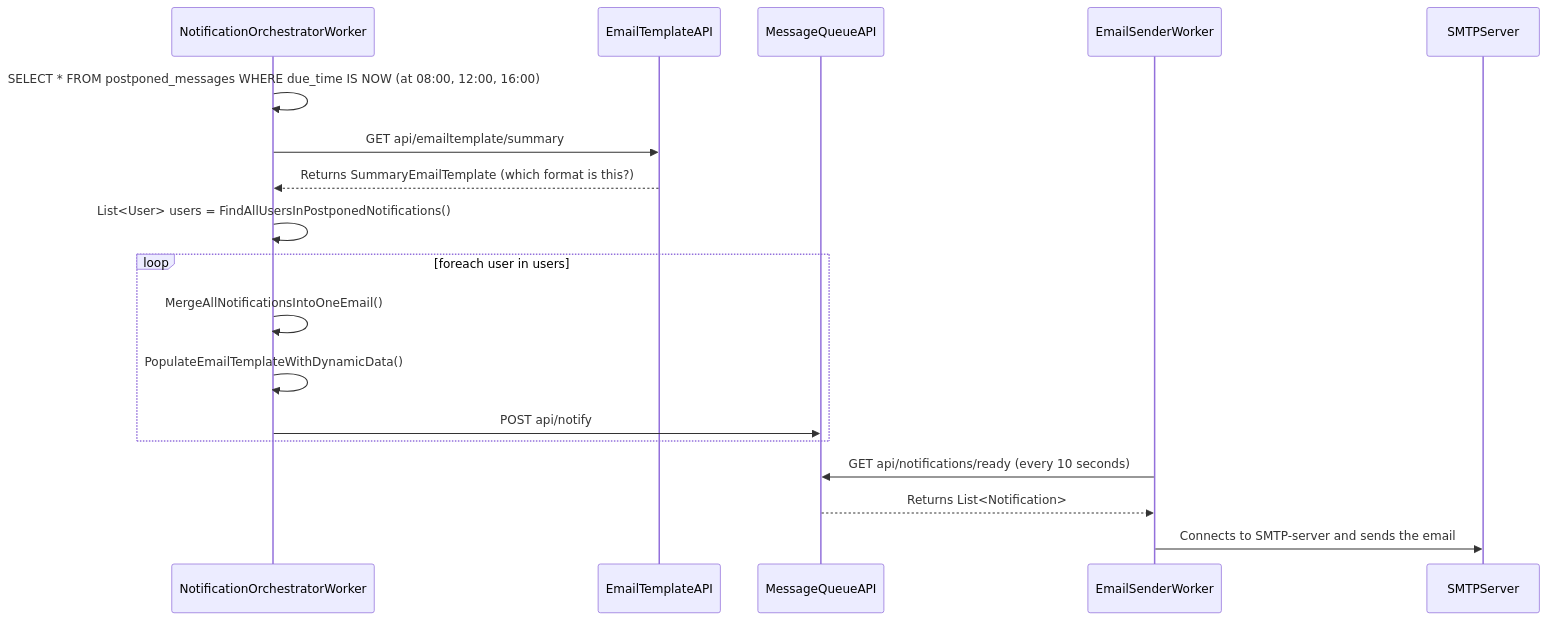
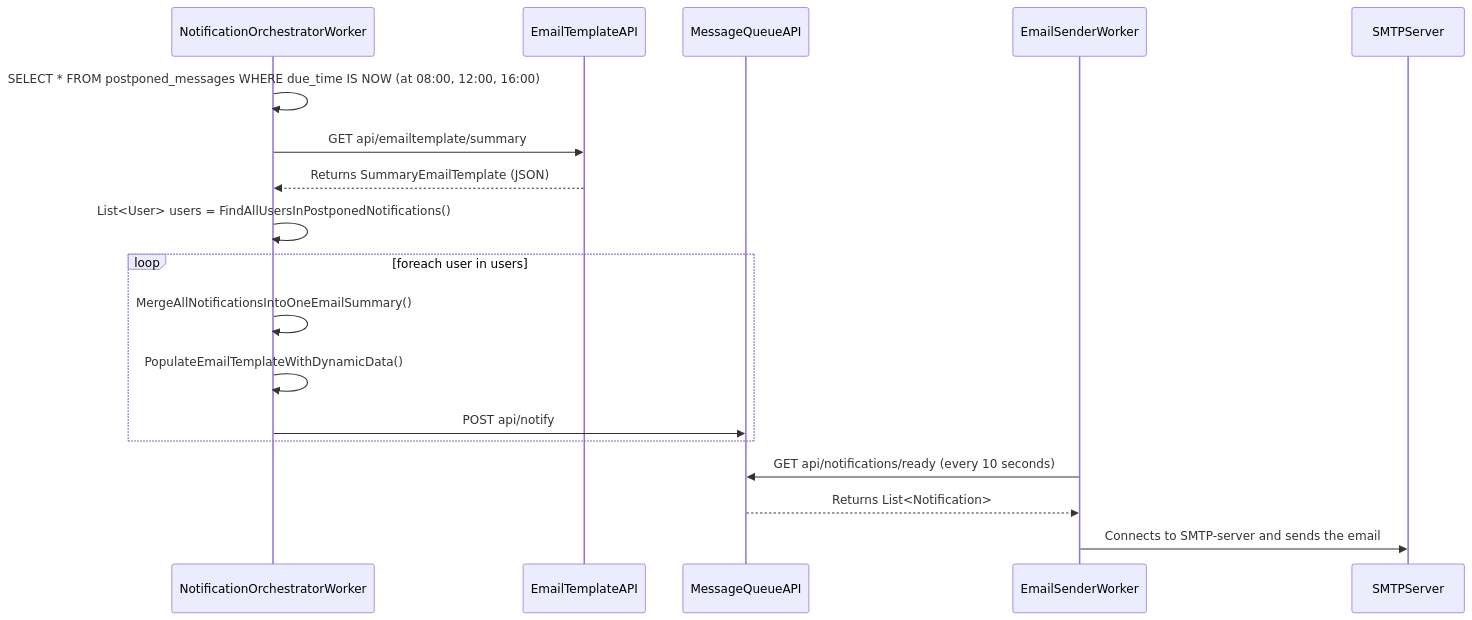
The fourth of 4 diagrams in Diagrams/SequenceDiagrams.md (rasmusulriksen/BachelorsProject), drawn with Mermaid before and after one commit. The commit also changed other lines of this file, not shown here.

Commit message:
Improved sequence diagrams

````diff
--- a/Diagrams/SequenceDiagrams.md
+++ b/Diagrams/SequenceDiagrams.md
@@ -78,21 +78,21 @@
 ```mermaid
 sequenceDiagram
     participant NotificationOrchestratorWorker
     participant EmailTemplateAPI
     participant MessageQueueAPI
     participant EmailSenderWorker
     participant SMTPServer
 
     NotificationOrchestratorWorker->>NotificationOrchestratorWorker: SELECT * FROM postponed_messages WHERE due_time IS NOW (at 08:00, 12:00, 16:00)
     NotificationOrchestratorWorker->>EmailTemplateAPI: GET api/emailtemplate/summary
-    EmailTemplateAPI-->>NotificationOrchestratorWorker: Returns SummaryEmailTemplate (which format is this?)
+    EmailTemplateAPI-->>NotificationOrchestratorWorker: Returns SummaryEmailTemplate (JSON)
     NotificationOrchestratorWorker->>NotificationOrchestratorWorker: List<User> users = FindAllUsersInPostponedNotifications()
     loop foreach user in users
-        NotificationOrchestratorWorker->>NotificationOrchestratorWorker: MergeAllNotificationsIntoOneEmail()
+        NotificationOrchestratorWorker->>NotificationOrchestratorWorker: MergeAllNotificationsIntoOneEmailSummary()
         NotificationOrchestratorWorker->>NotificationOrchestratorWorker: PopulateEmailTemplateWithDynamicData()
         NotificationOrchestratorWorker->>MessageQueueAPI: POST api/notify
     end
     EmailSenderWorker->>MessageQueueAPI: GET api/notifications/ready (every 10 seconds)
     MessageQueueAPI-->>EmailSenderWorker: Returns List<Notification>
     EmailSenderWorker->>SMTPServer: Connects to SMTP-server and sends the email
 ```
````
